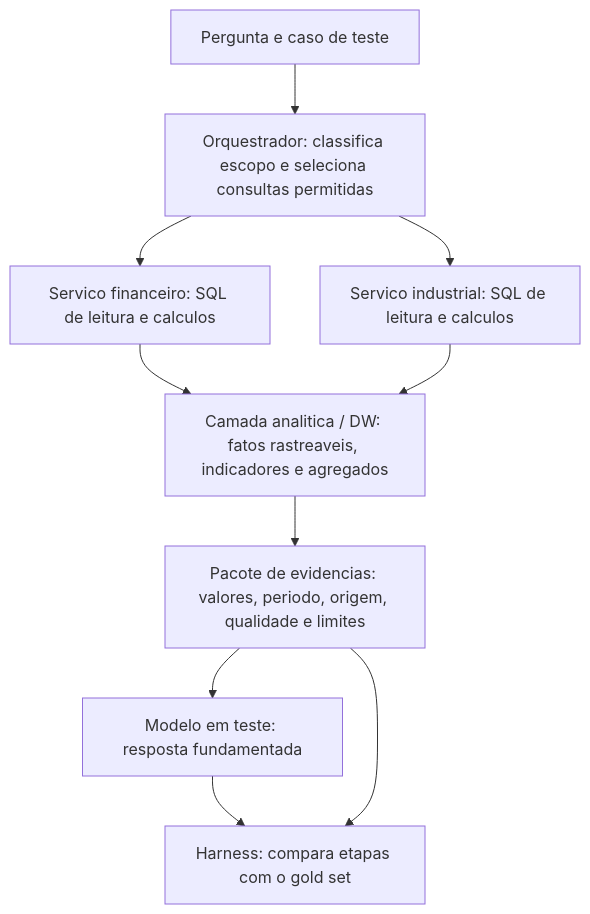
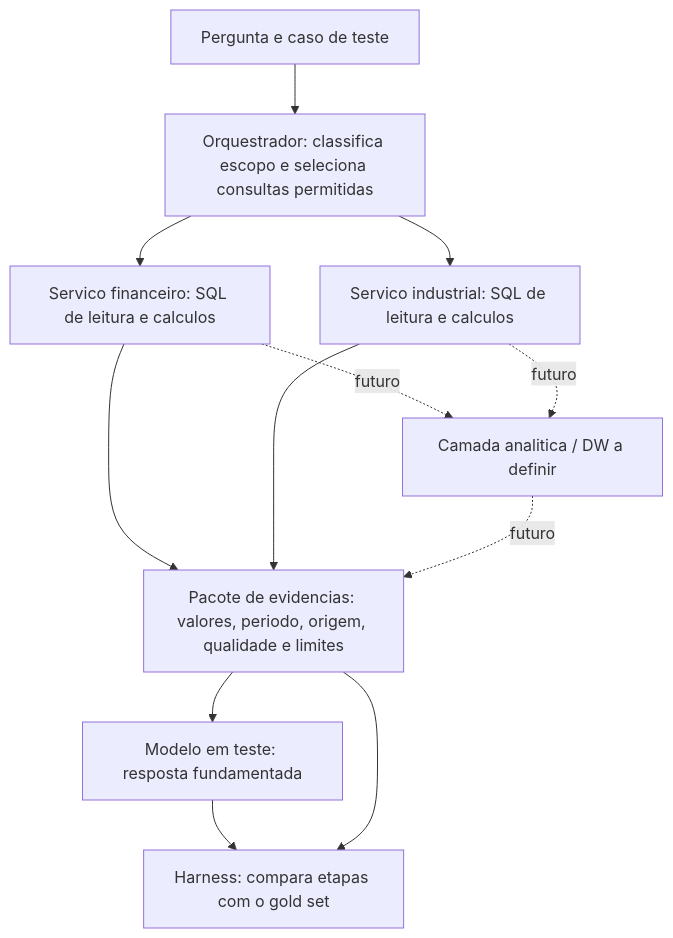
The diagram in BancoModeloUse/docs/arquitetura_avaliacao_modelos.md (viniciusjsdev/Pesquisa_IC_IA), drawn with Mermaid before and after one commit. The commit also changed other lines of this file and 5 other files, not shown here.

Commit message:
Document the shared inference architecture

````diff
--- a/BancoModeloUse/docs/arquitetura_avaliacao_modelos.md
+++ b/BancoModeloUse/docs/arquitetura_avaliacao_modelos.md
@@ -13,12 +13,14 @@
 ```mermaid
 flowchart TD
     Q[Pergunta e caso de teste] --> O[Orquestrador: classifica escopo e seleciona consultas permitidas]
     O --> F[Servico financeiro: SQL de leitura e calculos]
     O --> I[Servico industrial: SQL de leitura e calculos]
-    F --> D[Camada analitica / DW: fatos rastreaveis, indicadores e agregados]
-    I --> D
-    D --> E[Pacote de evidencias: valores, periodo, origem, qualidade e limites]
+    F --> E[Pacote de evidencias: valores, periodo, origem, qualidade e limites]
+    I --> E
+    F -. futuro .-> D[Camada analitica / DW a definir]
+    I -. futuro .-> D
+    D -. futuro .-> E
     E --> M[Modelo em teste: resposta fundamentada]
     M --> H[Harness: compara etapas com o gold set]
     E --> H
 ```
````
